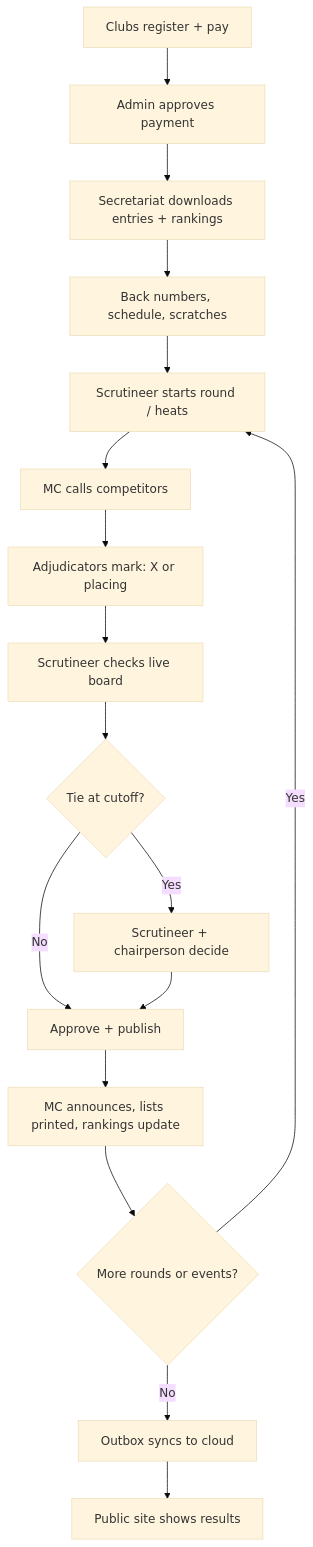
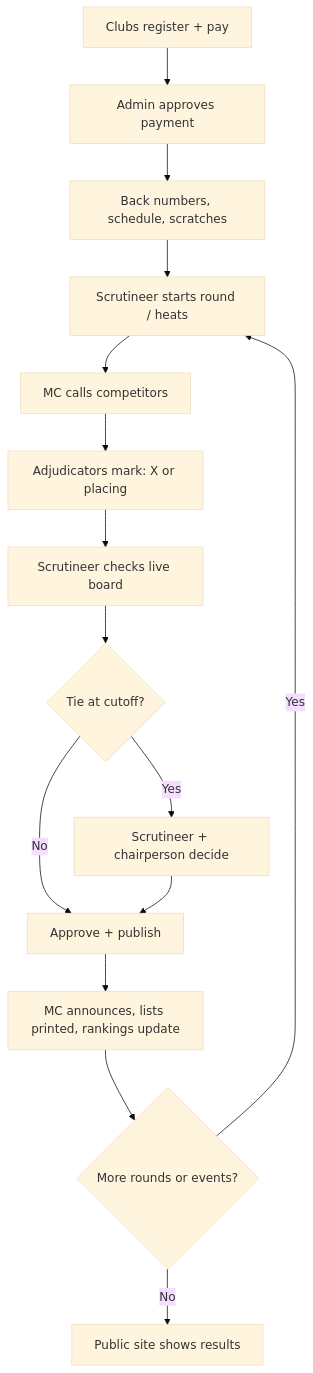
One commit to tuf-fi/Scrutineering-Dancesport-System changed the diagram in FLOW_README.md. Above: the diagram before and after it, drawn with Mermaid (base theme). The commit also changed other lines of this file and 21 other files, not shown here.

````diff
--- a/FLOW_README.md
+++ b/FLOW_README.md
@@ -62,19 +60,17 @@
 ```mermaid
 flowchart TD
   A["Clubs register + pay"] --> B["Admin approves payment"]
-  B --> C["Secretariat downloads entries + rankings"]
-  C --> D["Back numbers, schedule, scratches"]
+  B --> D["Back numbers, schedule, scratches"]
   D --> E["Scrutineer starts round / heats"]
   E --> F["MC calls competitors"]
   F --> G["Adjudicators mark: X or placing"]
   G --> H["Scrutineer checks live board"]
   H --> I{"Tie at cutoff?"}
   I -- Yes --> J["Scrutineer + chairperson decide"]
   I -- No --> K["Approve + publish"]
   J --> K
   K --> L["MC announces, lists printed, rankings update"]
   L --> M{"More rounds or events?"}
   M -- Yes --> E
-  M -- No --> N["Outbox syncs to cloud"]
-  N --> O["Public site shows results"]
+  M -- No --> O["Public site shows results"]
 ```
````
